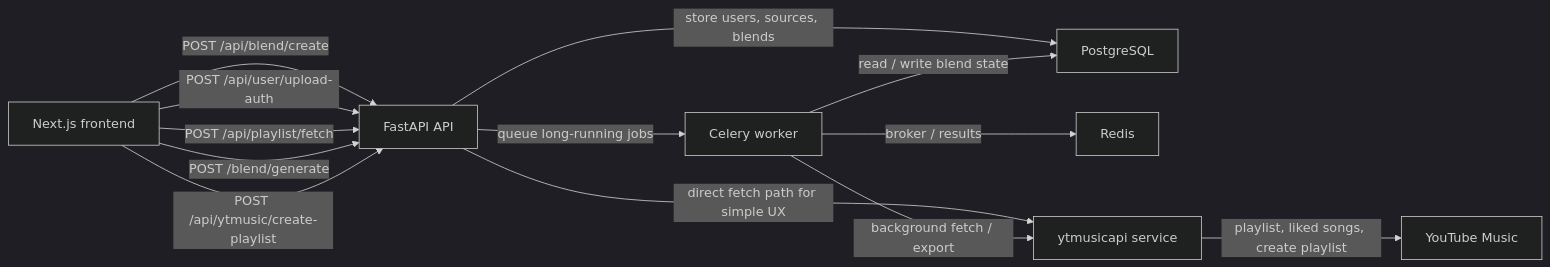
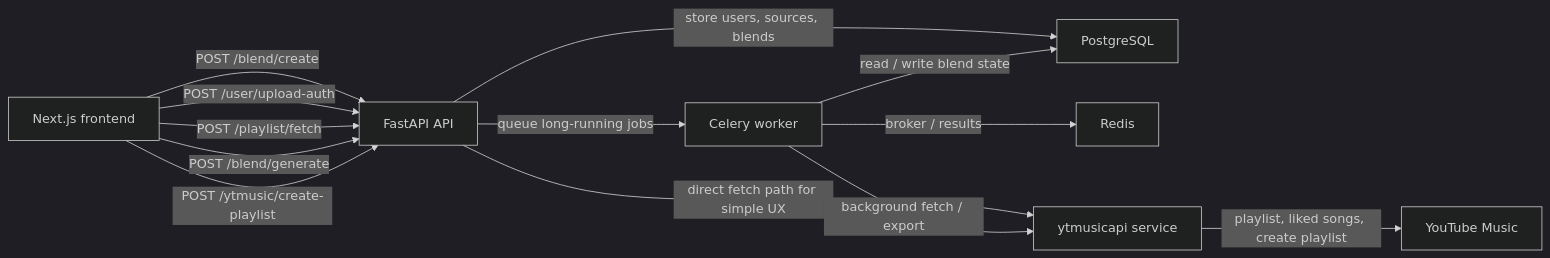
One commit to Erebuzzz/merge-ytm changed the diagram in README.md. Above: the diagram before and after it, drawn with Mermaid (dark theme). The commit also changed other lines of this file and 12 other files, not shown here.

````diff
--- a/README.md
+++ b/README.md
@@ -28,16 +36,16 @@
 ```mermaid
 flowchart LR
-    A["Next.js frontend"] -->|"POST /api/blend/create"| B["FastAPI API"]
-    A -->|"POST /api/user/upload-auth"| B
-    A -->|"POST /api/playlist/fetch"| B
+    A["Next.js frontend"] -->|"POST /blend/create"| B["FastAPI API"]
+    A -->|"POST /user/upload-auth"| B
+    A -->|"POST /playlist/fetch"| B
     A -->|"POST /blend/generate"| B
-    A -->|"POST /api/ytmusic/create-playlist"| B
+    A -->|"POST /ytmusic/create-playlist"| B
 
     B -->|"store users, sources, blends"| C["PostgreSQL"]
     B -->|"queue long-running jobs"| D["Celery worker"]
     D -->|"broker / results"| E["Redis"]
     D -->|"read / write blend state"| C
     B -->|"direct fetch path for simple UX"| F["ytmusicapi service"]
     D -->|"background fetch / export"| F
     F -->|"playlist, liked songs, create playlist"| G["YouTube Music"]
 ```
````
